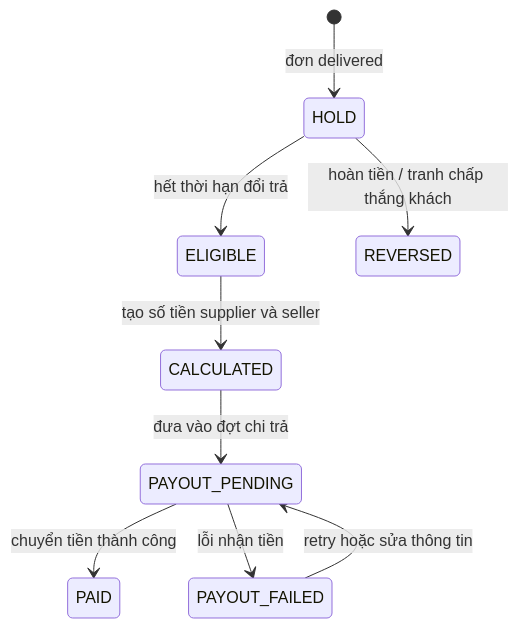
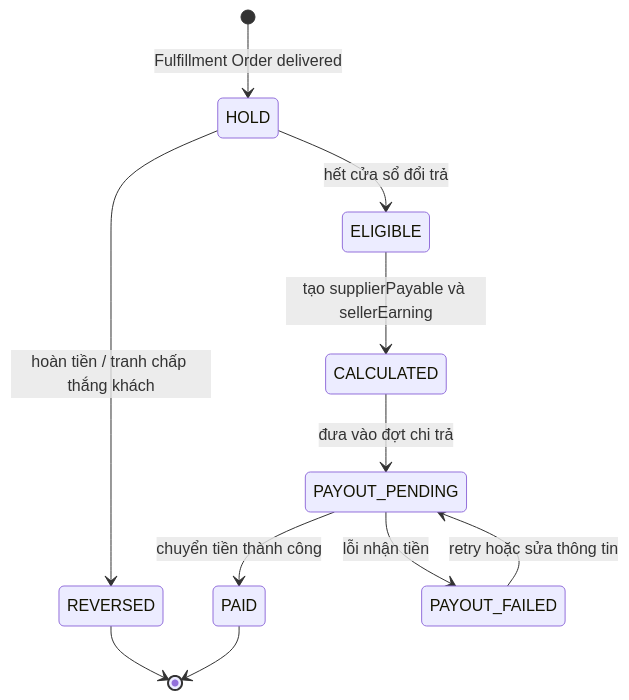
Before and after one commit to NguyenVoLyDo/Project-XD-and-PTPM: the diagram in docs/mermaid/09-settlement-state.mmd, drawn with Mermaid. The commit also changed 49 other files, not shown here.

```diff
--- a/docs/mermaid/09-settlement-state.mmd
+++ b/docs/mermaid/09-settlement-state.mmd
@@ -1,9 +1,11 @@
 stateDiagram-v2
-  [*] --> HOLD: đơn delivered
-  HOLD --> ELIGIBLE: hết thời hạn đổi trả
+  [*] --> HOLD: Fulfillment Order delivered
+  HOLD --> ELIGIBLE: hết cửa sổ đổi trả
   HOLD --> REVERSED: hoàn tiền / tranh chấp thắng khách
-  ELIGIBLE --> CALCULATED: tạo số tiền supplier và seller
+  ELIGIBLE --> CALCULATED: tạo supplierPayable và sellerEarning
   CALCULATED --> PAYOUT_PENDING: đưa vào đợt chi trả
   PAYOUT_PENDING --> PAID: chuyển tiền thành công
   PAYOUT_PENDING --> PAYOUT_FAILED: lỗi nhận tiền
   PAYOUT_FAILED --> PAYOUT_PENDING: retry hoặc sửa thông tin
+  REVERSED --> [*]
+  PAID --> [*]
```
